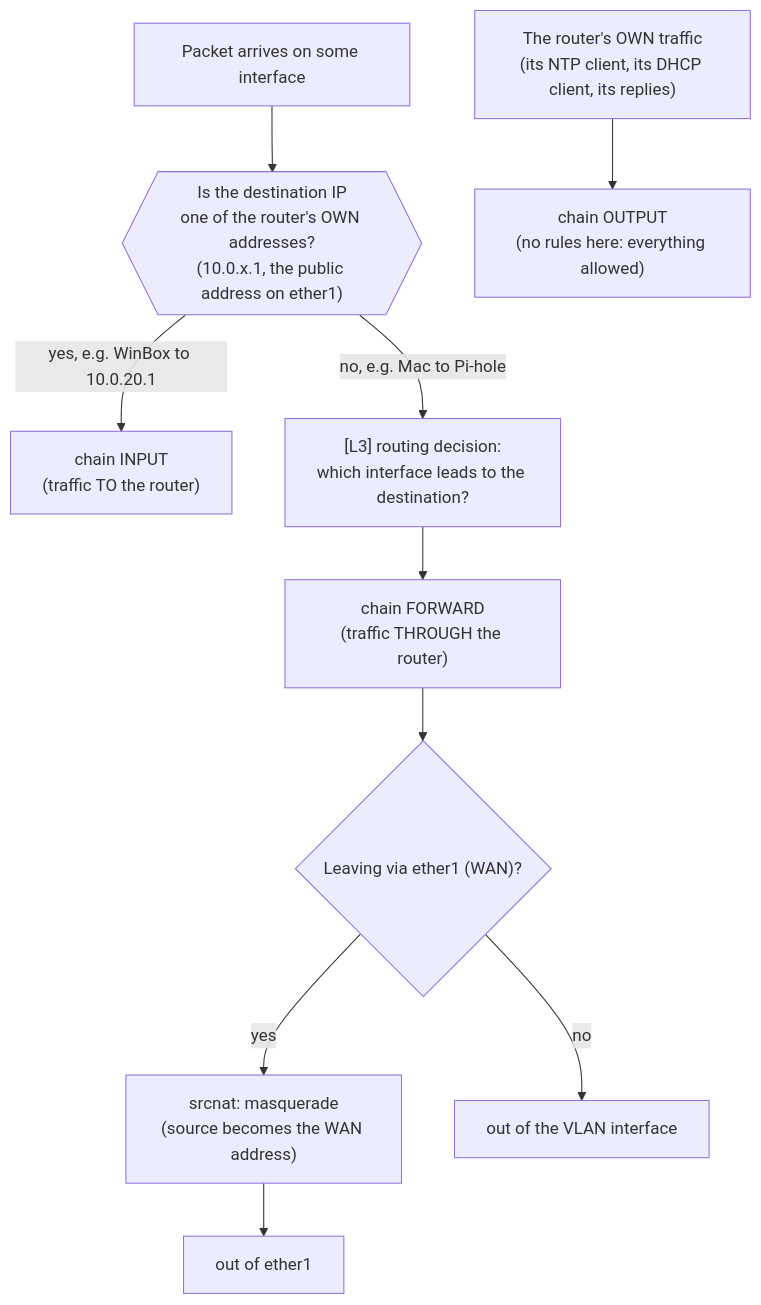
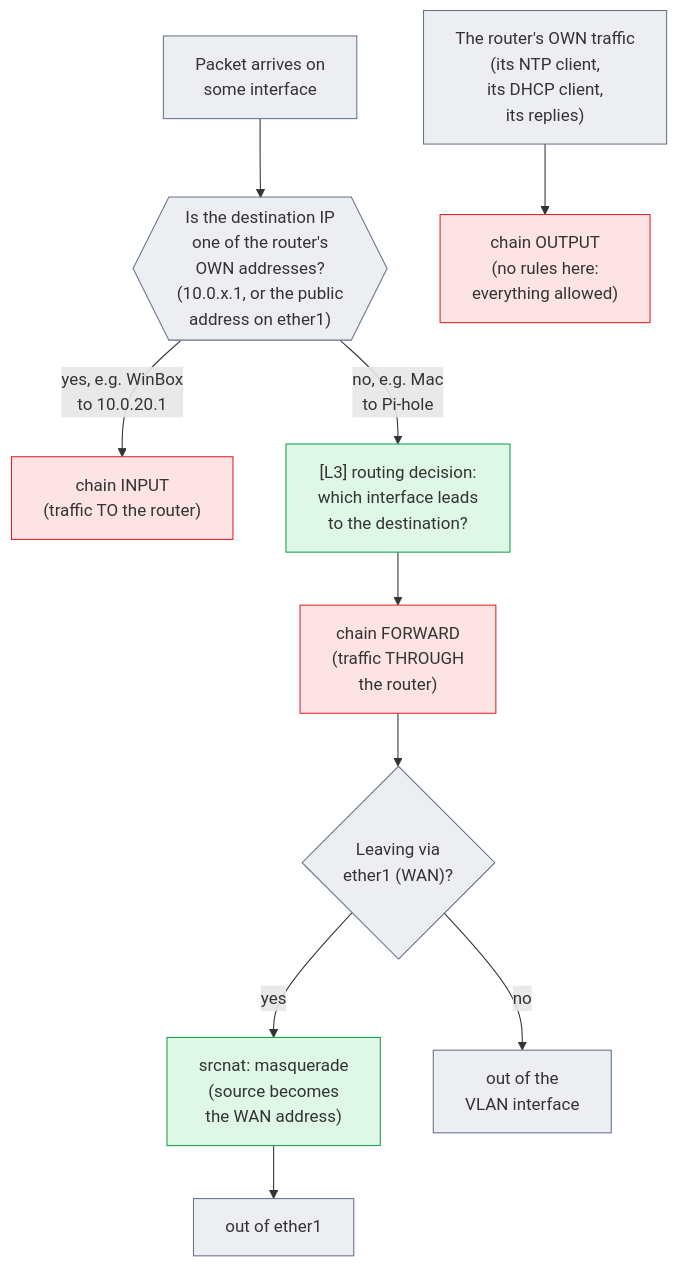
One commit to mithun3/tech-blog changed the third of 6 diagrams in content/pages/networking/basics/router-essentials.mdx. Above: the diagram before and after it, drawn with Mermaid. The commit also changed other lines of this file and 8 other files, not shown here.

Commit message:
mermaid updates.

````diff
--- a/content/pages/networking/basics/router-essentials.mdx
+++ b/content/pages/networking/basics/router-essentials.mdx
@@ -127,12 +159,30 @@
 ```mermaid
+---
+config:
+  look: classic
+  fontFamily: "system-ui, -apple-system, Segoe UI, Roboto, Helvetica, Arial, sans-serif"
+  themeCSS: ".node rect, .cluster rect { rx: 6px; ry: 6px; }"
+  flowchart:
+    wrappingWidth: 200
+  themeVariables:
+    mainBkg: "#64748b1f"
+    nodeBorder: "#64748b"
+    clusterBkg: "#64748b14"
+    clusterBorder: "#64748b99"
+---
 flowchart TD
-    IN["Packet arrives on some interface"] --> Q{{"Is the destination IP<br/>one of the router's OWN addresses?<br/>(10.0.x.1, the public address on ether1)"}}
-    Q -->|"yes, e.g. WinBox to 10.0.20.1"| INPUT["chain INPUT<br/>(traffic TO the router)"]
-    Q -->|"no, e.g. Mac to Pi-hole"| ROUTE["[L3] routing decision:<br/>which interface leads to the destination?"]
-    ROUTE --> FWD["chain FORWARD<br/>(traffic THROUGH the router)"]
-    FWD --> NAT{"Leaving via ether1 (WAN)?"}
-    NAT -->|"yes"| SRCNAT["srcnat: masquerade<br/>(source becomes the WAN address)"]
-    NAT -->|"no"| OUT1["out of the VLAN interface"]
+    IN["Packet arrives on<br/>some interface"] --> Q{{"Is the destination IP<br/>one of the router's<br/>OWN addresses?<br/>(10.0.x.1, or the public<br/>address on ether1)"}}
+    Q -->|"yes, e.g. WinBox<br/>to 10.0.20.1"| INPUT["chain INPUT<br/>(traffic TO the router)"]
+    Q -->|"no, e.g. Mac<br/>to Pi-hole"| ROUTE["[L3] routing decision:<br/>which interface leads<br/>to the destination?"]
+    ROUTE --> FWD["chain FORWARD<br/>(traffic THROUGH<br/>the router)"]
+    FWD --> NAT{"Leaving via<br/>ether1 (WAN)?"}
+    NAT -->|"yes"| SRCNAT["srcnat: masquerade<br/>(source becomes<br/>the WAN address)"]
+    NAT -->|"no"| OUT1["out of the<br/>VLAN interface"]
     SRCNAT --> OUT2["out of ether1"]
-    ROUTER["The router's OWN traffic<br/>(its NTP client, its DHCP client, its replies)"] --> OUTPUT["chain OUTPUT<br/>(no rules here: everything allowed)"]
+    ROUTER["The router's OWN traffic<br/>(its NTP client,<br/>its DHCP client,<br/>its replies)"] --> OUTPUT["chain OUTPUT<br/>(no rules here:<br/>everything allowed)"]
+    style INPUT fill:#ef444426,stroke:#dc2626
+    style FWD fill:#ef444426,stroke:#dc2626
+    style OUTPUT fill:#ef444426,stroke:#dc2626
+    style ROUTE fill:#22c55e26,stroke:#16a34a
+    style SRCNAT fill:#22c55e26,stroke:#16a34a
 ```
````
